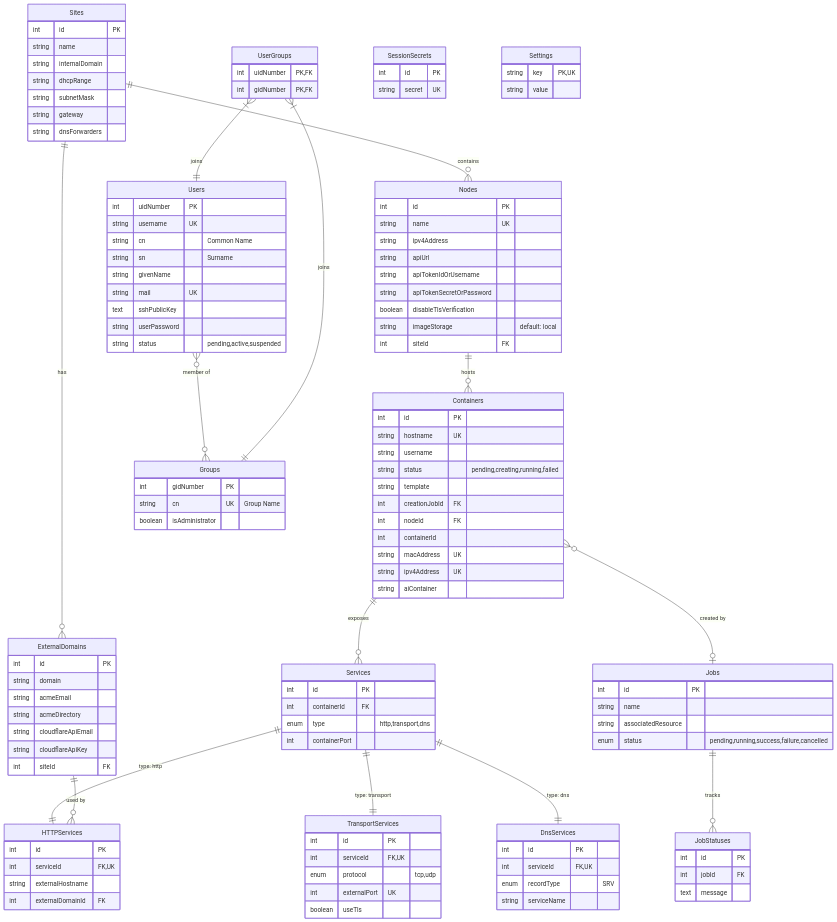
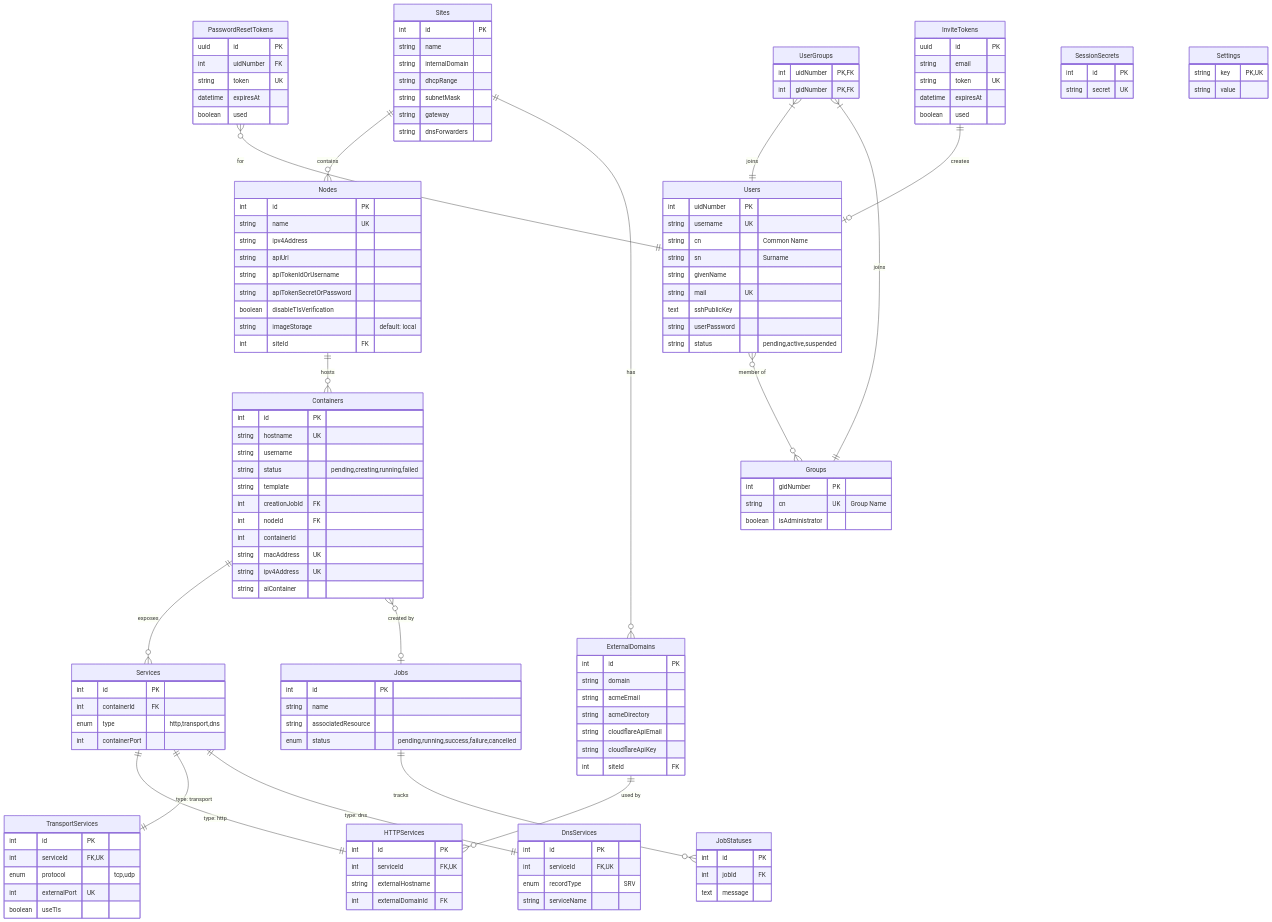
One commit to mieweb/opensource-server changed the diagram in mie-opensource-landing/docs/developers/database-schema.md. Above: the diagram before and after it, drawn with Mermaid. The commit also changed other lines of this file and 1 other file, not shown here.

````diff
--- a/mie-opensource-landing/docs/developers/database-schema.md
+++ b/mie-opensource-landing/docs/developers/database-schema.md
@@ -23,6 +23,8 @@
     Users }o--o{ Groups : "member of"
     UserGroups }|--|| Users : joins
     UserGroups }|--|| Groups : joins
+    PasswordResetTokens }o--|| Users : "for"
+    InviteTokens ||--o| Users : "creates"
 
     Sites {
         int id PK
@@ -144,4 +146,20 @@
         string key PK,UK
         string value
     }
+
+    PasswordResetTokens {
+        uuid id PK
+        int uidNumber FK
+        string token UK
+        datetime expiresAt
+        boolean used
+    }
+
+    InviteTokens {
+        uuid id PK
+        string email
+        string token UK
+        datetime expiresAt
+        boolean used
+    }
 ```
````
